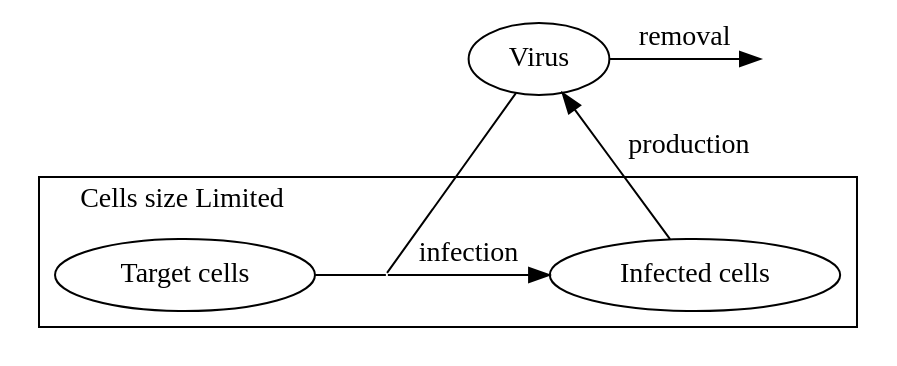
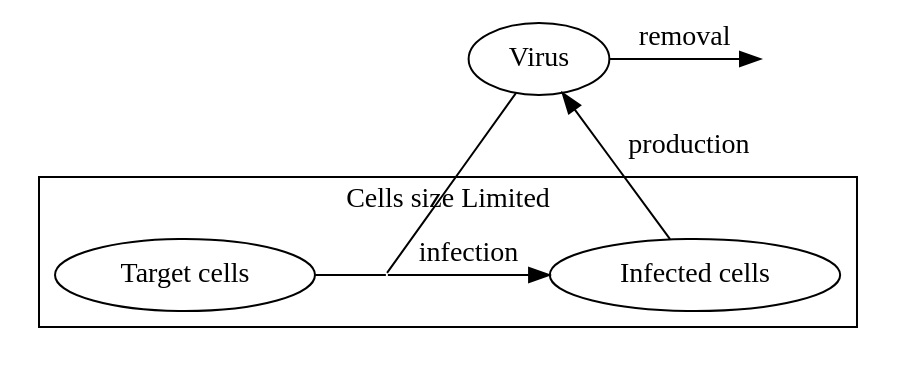
One commit to yasuih777/MayohigaLab changed the second of 4 diagrams in qmds/posts/20250209_virus_simulation_1/index.qmd. Above: the diagram before and after it, drawn with Graphviz. The commit also changed other lines of this file and 31 other files, not shown here.

````diff
--- a/qmds/posts/20250209_virus_simulation_1/index.qmd
+++ b/qmds/posts/20250209_virus_simulation_1/index.qmd
@@ -90,29 +95,28 @@
 ```{dot}
 //| fig-width: 8
 //| fig-height: 2.5
 
 digraph G {
     graph [rankdir = TB]
     V [label="Virus"];
     Vout [label="", shape=point, color=none, width=0.01, height=0.01];
 
     subgraph cluster_cell {
         label = "Cells size Limited";
-        labeljust="l";
 
         TC [label="Target cells"];
         IC [label="Infected cells"];
         conVTC2IC [label="", shape=point, color=none, width=0.01, height=0.01];
 
         {rank = same; TC; IC; conVTC2IC}
     }
 
     V -> conVTC2IC [arrowhead=none]
     V -> Vout [label="removal"]
     TC -> conVTC2IC [arrowhead=none]
     conVTC2IC -> IC [label="infection"]
     IC -> V [label = "production"]
 
     {rank = same; V; Vout}
 }
 ```
````
